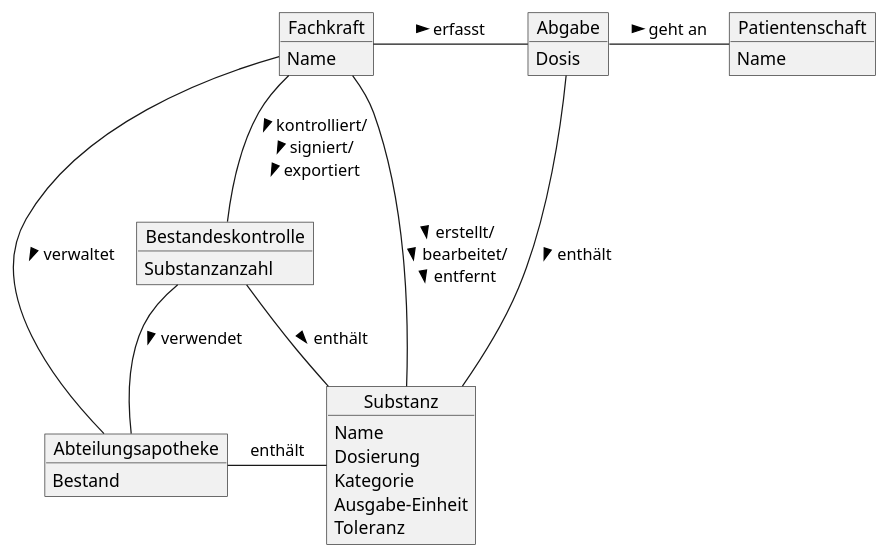
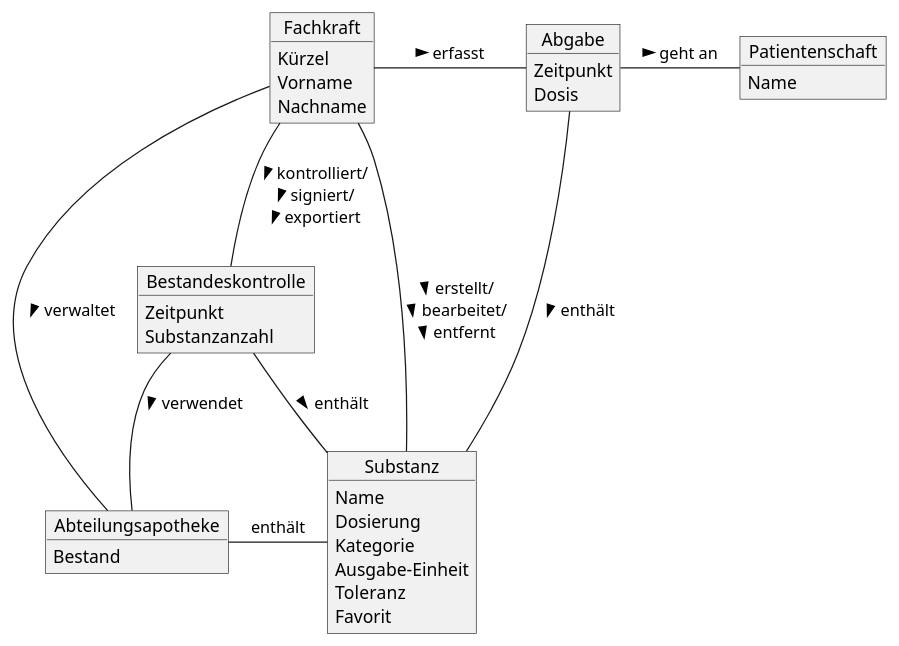
Before and after one commit to lucahost/drugstore: the diagram in docs/business-classes/business-classes.plantuml, drawn with PlantUML.

```diff
--- a/docs/business-classes/business-classes.plantuml
+++ b/docs/business-classes/business-classes.plantuml
@@ -5,34 +5,39 @@
 @startuml
 
 object Fachkraft
 object Abgabe
 object Patientenschaft
 object Bestandeskontrolle
 object Abteilungsapotheke
 object Substanz
 
 Fachkraft -right- Abgabe: > erfasst
 Abgabe -right- Patientenschaft: > geht an
 Abgabe -down- Substanz: > enthält
 
 Abteilungsapotheke -right- Substanz: enthält
 Fachkraft -down- Bestandeskontrolle: > kontrolliert/\n> signiert/\n> exportiert
 
 Bestandeskontrolle -- Abteilungsapotheke: > verwendet
 Bestandeskontrolle -- Substanz: > enthält
 
 Fachkraft -- Abteilungsapotheke: > verwaltet
 Fachkraft -- Substanz: > erstellt/\n> bearbeitet/\n> entfernt
 
-Fachkraft : Name
+Fachkraft : Kürzel
+Fachkraft : Vorname
+Fachkraft : Nachname
+Abgabe : Zeitpunkt
 Abgabe : Dosis
 Patientenschaft : Name
+Bestandeskontrolle : Zeitpunkt
 Bestandeskontrolle : Substanzanzahl
 Abteilungsapotheke : Bestand
 Substanz : Name
 Substanz : Dosierung
 Substanz : Kategorie
 Substanz : Ausgabe-Einheit
 Substanz : Toleranz
+Substanz : Favorit
 
 @enduml
```
